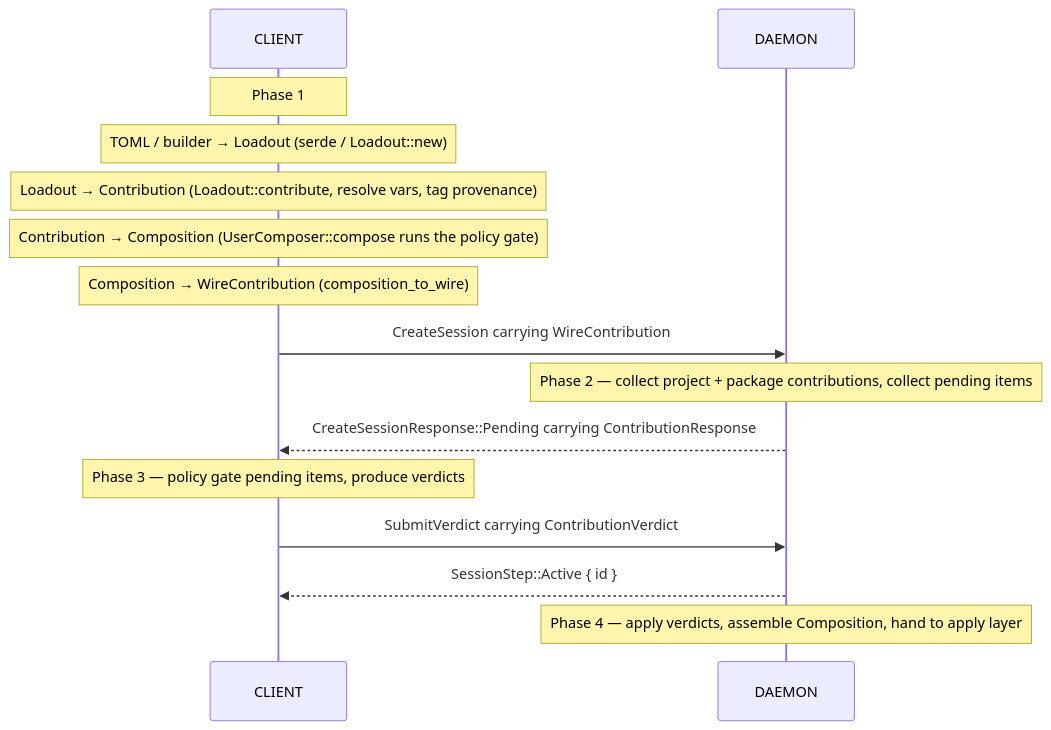
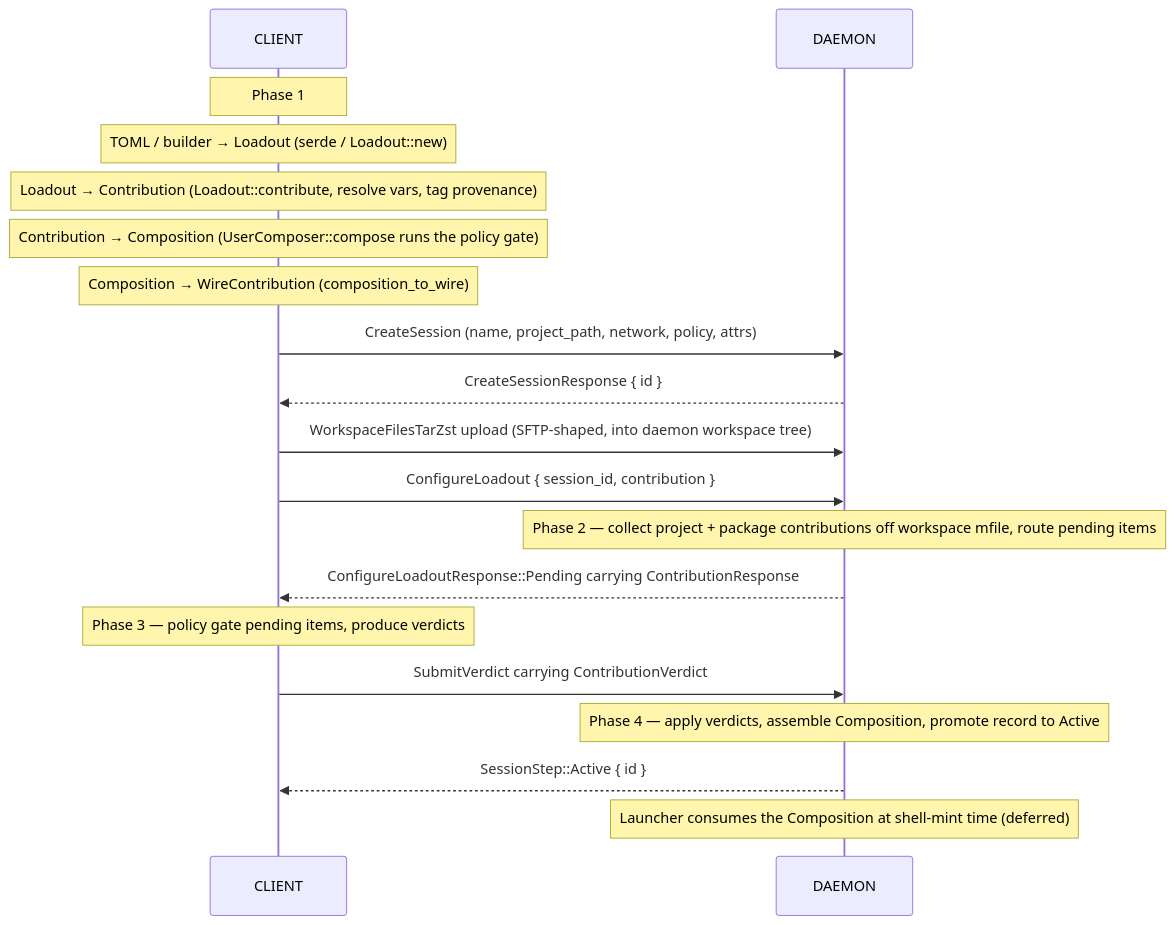
Before and after one commit to gominimal/minimal: the first of 2 diagrams in crates/sessions/docs/COMPOSITION.md, drawn with Mermaid. The commit also changed other lines of this file and 31 other files, not shown here.

````diff
--- a/crates/sessions/docs/COMPOSITION.md
+++ b/crates/sessions/docs/COMPOSITION.md
@@ -21,18 +25,22 @@
 ```mermaid
 sequenceDiagram
     participant C as CLIENT
     participant D as DAEMON
 
     Note over C: Phase 1
     Note over C: TOML / builder → Loadout (serde / Loadout::new)
     Note over C: Loadout → Contribution (Loadout::contribute, resolve vars, tag provenance)
     Note over C: Contribution → Composition (UserComposer::compose runs the policy gate)
     Note over C: Composition → WireContribution (composition_to_wire)
-    C->>D: CreateSession carrying WireContribution
-    Note over D: Phase 2 — collect project + package contributions, collect pending items
-    D-->>C: CreateSessionResponse::Pending carrying ContributionResponse
+    C->>D: CreateSession (name, project_path, network, policy, attrs)
+    D-->>C: CreateSessionResponse { id }
+    C->>D: WorkspaceFilesTarZst upload (SFTP-shaped, into daemon workspace tree)
+    C->>D: ConfigureLoadout { session_id, contribution }
+    Note over D: Phase 2 — collect project + package contributions off workspace mfile, route pending items
+    D-->>C: ConfigureLoadoutResponse::Pending carrying ContributionResponse
     Note over C: Phase 3 — policy gate pending items, produce verdicts
     C->>D: SubmitVerdict carrying ContributionVerdict
+    Note over D: Phase 4 — apply verdicts, assemble Composition, promote record to Active
     D-->>C: SessionStep::Active { id }
-    Note over D: Phase 4 — apply verdicts, assemble Composition, hand to apply layer
+    Note over D: Launcher consumes the Composition at shell-mint time (deferred)
 ```
````
